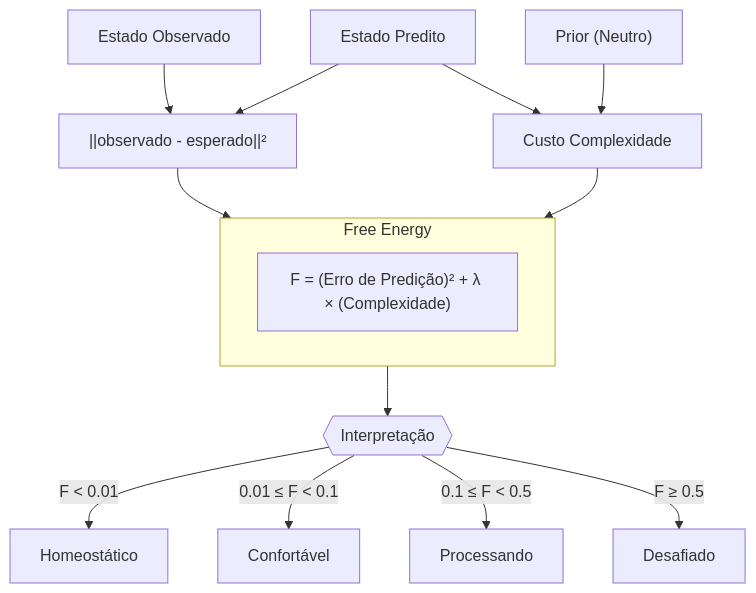
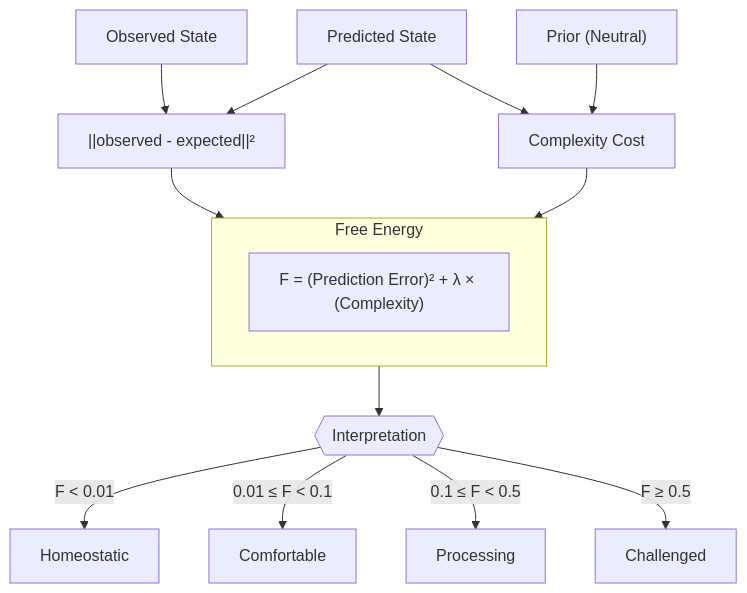
The sixth of 17 diagrams in docs/en/explanation/project-status.md (gabrielmaialva33/viva), drawn with Mermaid before and after one commit. The commit also changed other lines of this file and 29 other files, not shown here.

````diff
--- a/docs/en/explanation/project-status.md
+++ b/docs/en/explanation/project-status.md
@@ -173,20 +173,20 @@
 ```mermaid
 flowchart TD
     subgraph FE["Free Energy"]
-        FORMULA["F = (Erro de Predição)² + λ × (Complexidade)"]
+        FORMULA["F = (Prediction Error)² + λ × (Complexity)"]
     end
 
-    PRED["Estado Predito"] --> ERROR["||observado - esperado||²"]
-    OBS["Estado Observado"] --> ERROR
+    PRED["Predicted State"] --> ERROR["||observed - expected||²"]
+    OBS["Observed State"] --> ERROR
     ERROR --> FE
 
-    NEUTRAL["Prior (Neutro)"] --> COMP["Custo Complexidade"]
+    NEUTRAL["Prior (Neutral)"] --> COMP["Complexity Cost"]
     PRED --> COMP
     COMP --> FE
 
-    FE --> INTERP{{"Interpretação"}}
-    INTERP -->|"F < 0.01"| HOME["Homeostático"]
-    INTERP -->|"0.01 ≤ F < 0.1"| COMF["Confortável"]
-    INTERP -->|"0.1 ≤ F < 0.5"| PROC["Processando"]
-    INTERP -->|"F ≥ 0.5"| CHAL["Desafiado"]
+    FE --> INTERP{{"Interpretation"}}
+    INTERP -->|"F < 0.01"| HOME["Homeostatic"]
+    INTERP -->|"0.01 ≤ F < 0.1"| COMF["Comfortable"]
+    INTERP -->|"0.1 ≤ F < 0.5"| PROC["Processing"]
+    INTERP -->|"F ≥ 0.5"| CHAL["Challenged"]
 ```
````
